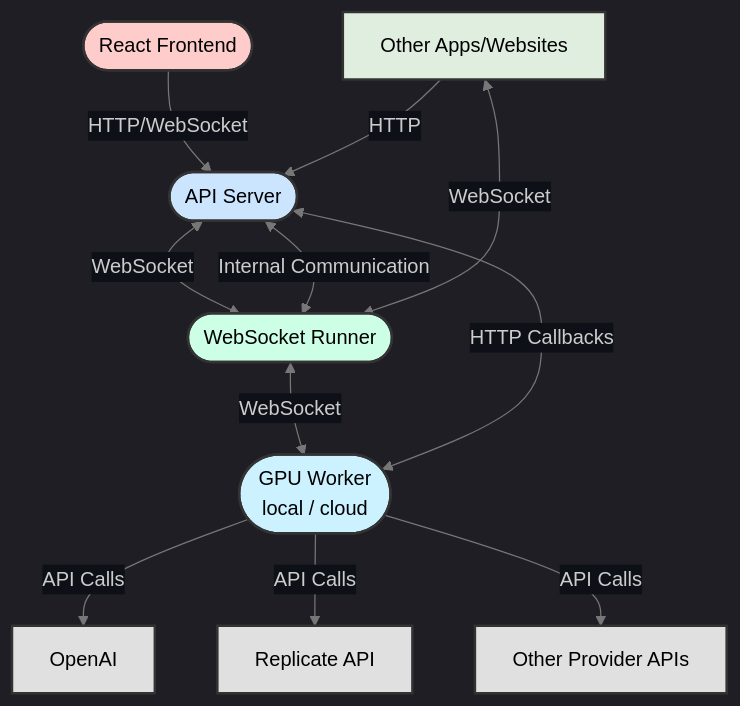
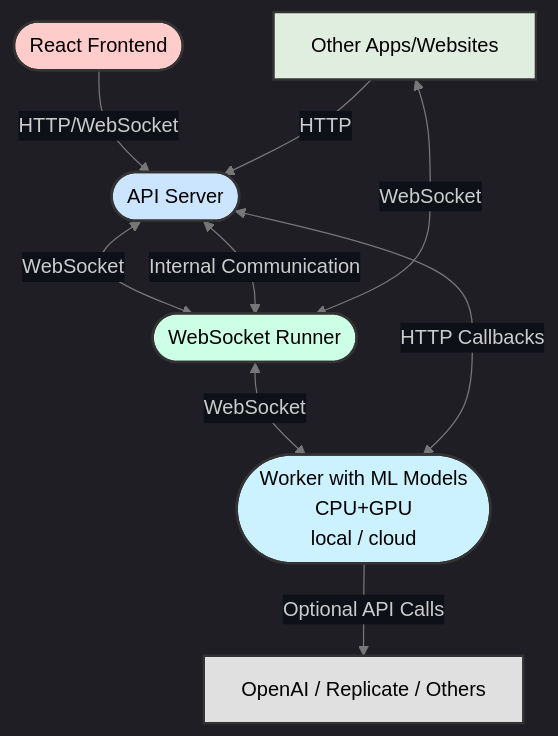
One commit to nodetool-ai/nodetool changed the diagram in README.md. Above: the diagram before and after it, drawn with Mermaid.

Commit message:
Update README.md architecture

````diff
--- a/README.md
+++ b/README.md
@@ -102,32 +102,29 @@
 ```mermaid
 %%{init: {'theme': 'dark', 'themeVariables': { 'primaryColor': '#0d1117', 'edgeLabelBackground': '#0d1117', 'lineColor': '#777', 'edgeLabelColor': '#777' }}}%%
 
 graph TD
 A([React Frontend]) -->|HTTP/WebSocket| B([API Server])
  <-->|WebSocket| C([WebSocket Runner])
 B <-->|Internal Communication| C
-C <-->|WebSocket| D([GPU Worker<br>local / cloud])
+C <-->|WebSocket| D([Worker with ML Models<br> CPU+GPU <br>local / cloud])
 D <-->|HTTP Callbacks| B
 E[Other Apps/Websites] -->|HTTP| B
 E <-->|WebSocket| C
-D -->|API Calls| F[OpenAI]
-D -->|API Calls| G[Replicate API]
-D -->|API Calls| H[Other Provider APIs]
-
+D -->|Optional API Calls| F[OpenAI / Replicate / Others]
 
     classDef default fill:#e0eee0,stroke:#333,stroke-width:2px,color:#000;
     classDef frontend fill:#ffcccc,stroke:#333,stroke-width:2px,color:#000;
     classDef server fill:#cce5ff,stroke:#333,stroke-width:2px,color:#000;
     classDef runner fill:#ccffe5,stroke:#333,stroke-width:2px,color:#000;
     classDef worker fill:#ccf2ff,stroke:#333,stroke-width:2px,color:#000;
     classDef api fill:#e0e0e0,stroke:#333,stroke-width:2px,color:#000;
     classDef darkgray fill:#a9a9a9,stroke:#333,stroke-width:2px,color:#000;
 
 
     class A frontend;
     class B server;
     class C runner;
     class D worker;
     class E other;
     class F,G,H api;
 ```
````
